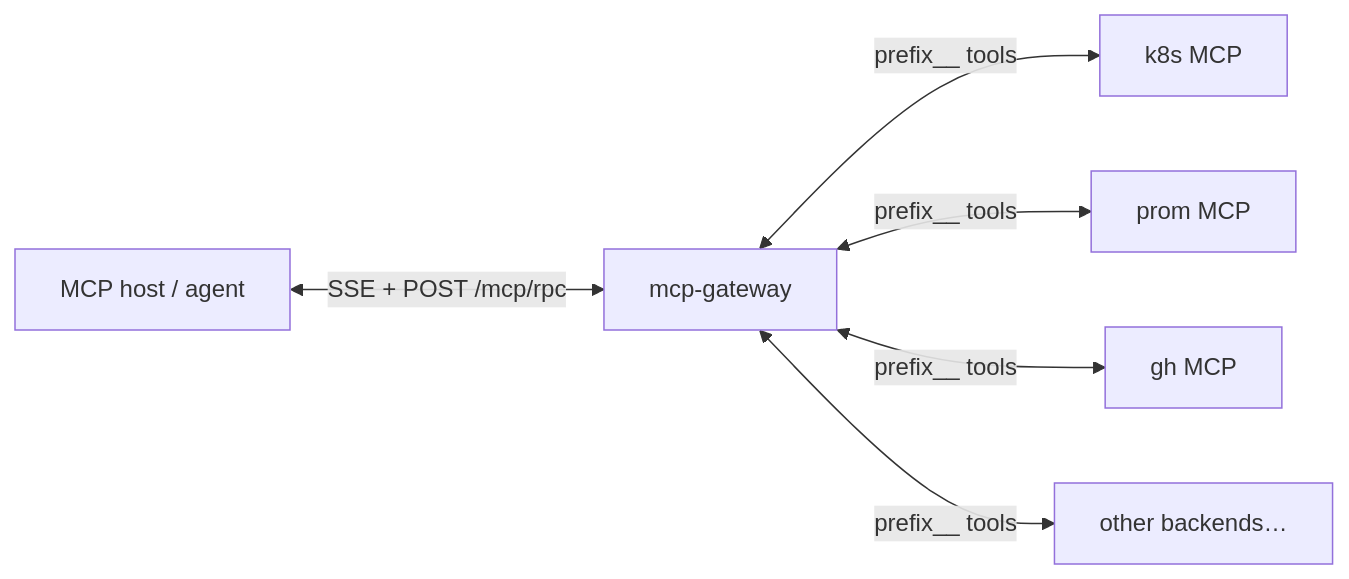
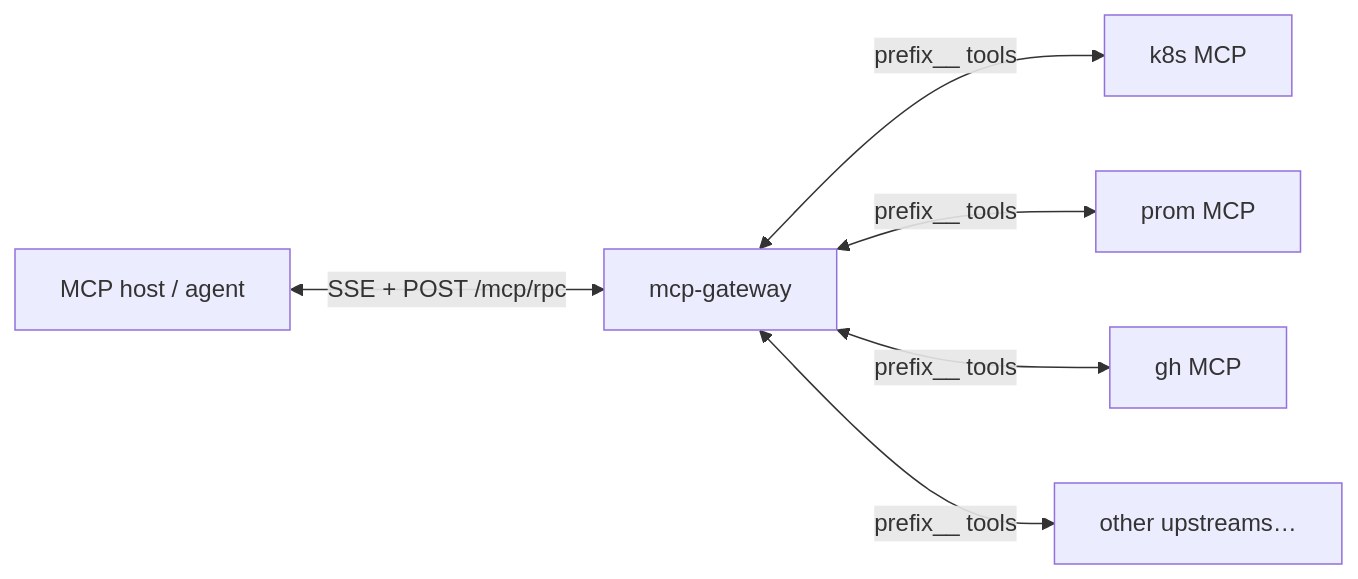
Before and after one commit to KarmaXP/mcp-gateway: the first of 4 diagrams in docs/CONNECTING_AGENTS.md, drawn with Mermaid. The commit also changed other lines of this file and 61 other files, not shown here.

````diff
--- a/docs/CONNECTING_AGENTS.md
+++ b/docs/CONNECTING_AGENTS.md
@@ -11,15 +11,15 @@
 ```mermaid
 flowchart LR
  host[MCP host / agent]
  gw[mcp-gateway]
  k8s[k8s MCP]
  prom[prom MCP]
  gh[gh MCP]
- other[other backends…]
+ other[other upstreams…]
 
  host <-->|SSE + POST /mcp/rpc| gw
  gw <-->|prefix__ tools| k8s
  gw <-->|prefix__ tools| prom
  gw <-->|prefix__ tools| gh
  gw <-->|prefix__ tools| other
 ```
````
